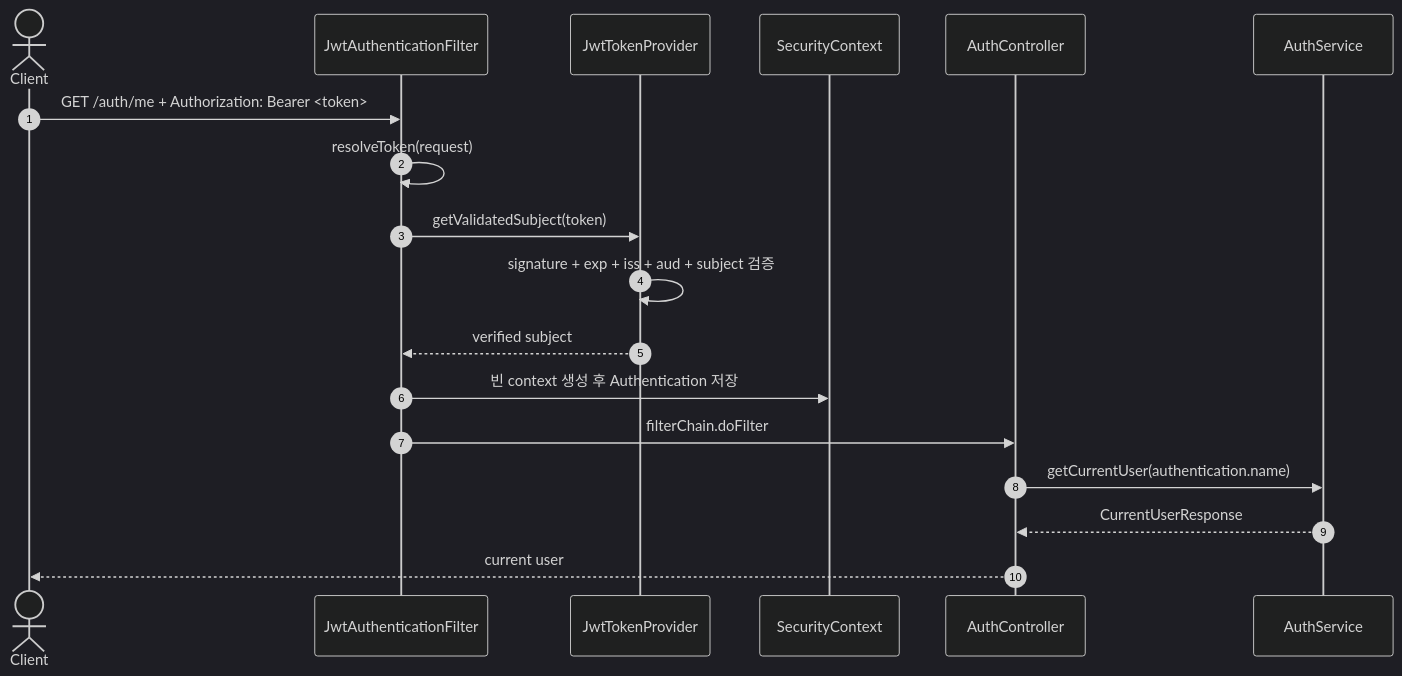
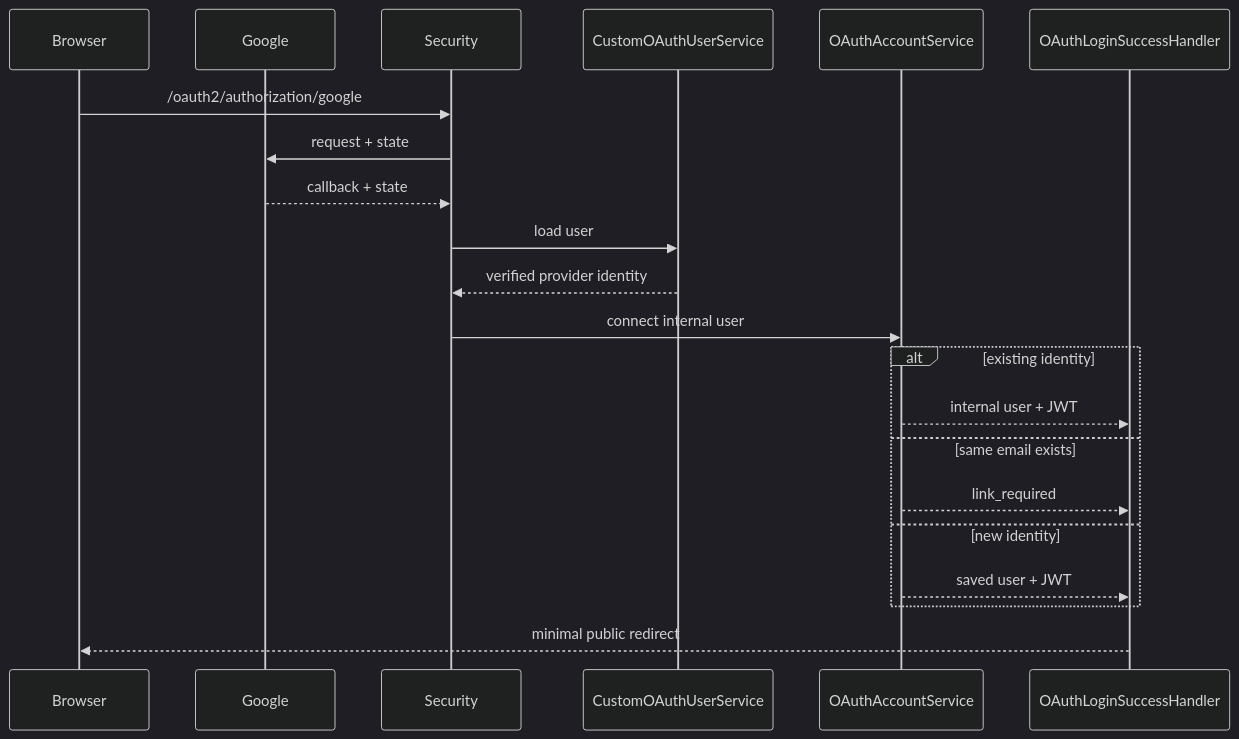
The first of 2 diagrams in docs/theory.md (stdiodh/spring-boot-db-access-lab), drawn with Mermaid (dark theme) before and after one commit. The commit also changed other lines of this file and 73 other files, not shown here.

````diff
--- a/docs/theory.md
+++ b/docs/theory.md
@@ -63,21 +41,24 @@
 ```mermaid
 sequenceDiagram
-    autonumber
-    actor Client
-    participant Filter as JwtAuthenticationFilter
-    participant Provider as JwtTokenProvider
-    participant Context as SecurityContext
-    participant Controller as AuthController
-    participant AuthService
+    participant Browser
+    participant Google
+    participant Security
+    participant Profile as CustomOAuthUserService
+    participant Account as OAuthAccountService
+    participant Handler as OAuthLoginSuccessHandler
 
-    Client->>Filter: GET /auth/me + Authorization: Bearer <token>
-    Filter->>Filter: resolveToken(request)
-    Filter->>Provider: getValidatedSubject(token)
-    Provider->>Provider: signature + exp + iss + aud + subject 검증
-    Provider-->>Filter: verified subject
-    Filter->>Context: 빈 context 생성 후 Authentication 저장
-    Filter->>Controller: filterChain.doFilter
-    Controller->>AuthService: getCurrentUser(authentication.name)
-    AuthService-->>Controller: CurrentUserResponse
-    Controller-->>Client: current user
+    Browser->>Security: /oauth2/authorization/google
+    Security->>Google: request + state
+    Google-->>Security: callback + state
+    Security->>Profile: load user
+    Profile-->>Security: verified provider identity
+    Security->>Account: connect internal user
+    alt existing identity
+        Account-->>Handler: internal user + JWT
+    else same email exists
+        Account-->>Handler: link_required
+    else new identity
+        Account-->>Handler: saved user + JWT
+    end
+    Handler-->>Browser: minimal public redirect
 ```
````
